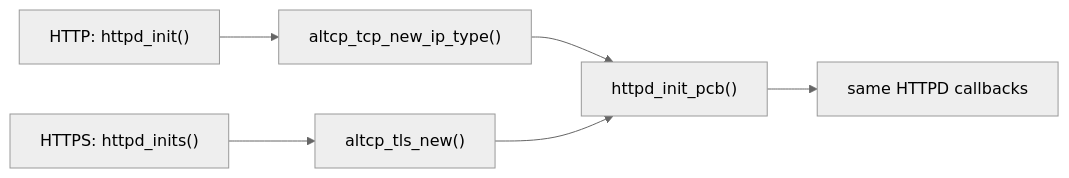
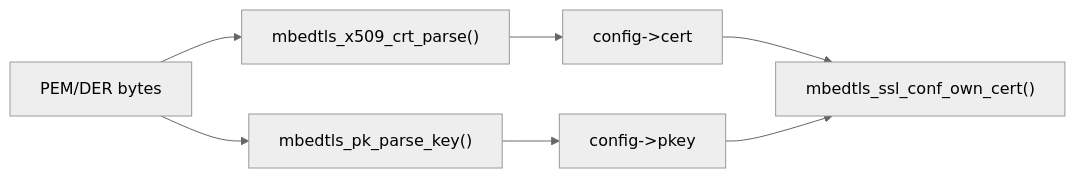
Before and after one commit to wdfk-prog/lwIP-Source-Lab: the second of 8 diagrams in docs/33-altcp-tls-https.md, drawn with Mermaid (neutral theme). The commit also changed other lines of this file and 49 other files, not shown here.

````diff
--- a/docs/33-altcp-tls-https.md
+++ b/docs/33-altcp-tls-https.md
@@ -46,8 +211,9 @@
 ```mermaid
 flowchart LR
-    A["HTTP: httpd_init()"] --> B["altcp_tcp_new_ip_type()"]
-    C["HTTPS: httpd_inits()"] --> D["altcp_tls_new()"]
-    B --> E["httpd_init_pcb()"]
-    D --> E
-    E --> F["same HTTPD callbacks"]
+    A["PEM/DER bytes"] --> B["mbedtls_x509_crt_parse()"]
+    A --> C["mbedtls_pk_parse_key()"]
+    B --> D["config->cert"]
+    C --> E["config->pkey"]
+    D --> F["mbedtls_ssl_conf_own_cert()"]
+    E --> F
 ```
````
